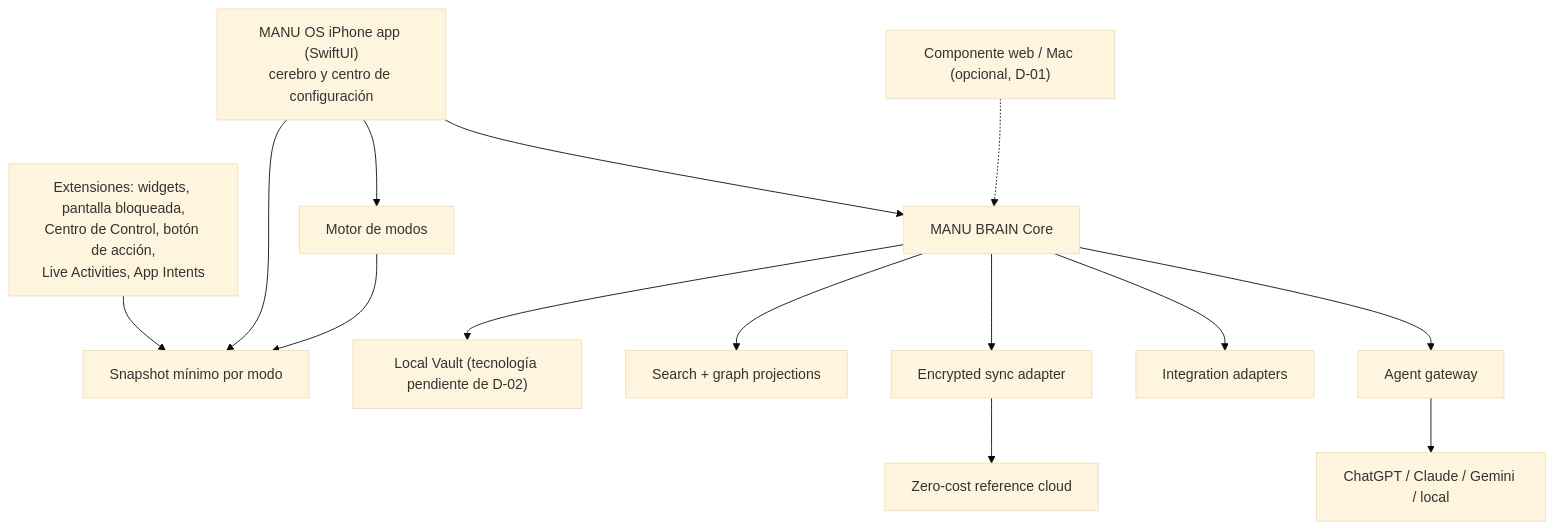
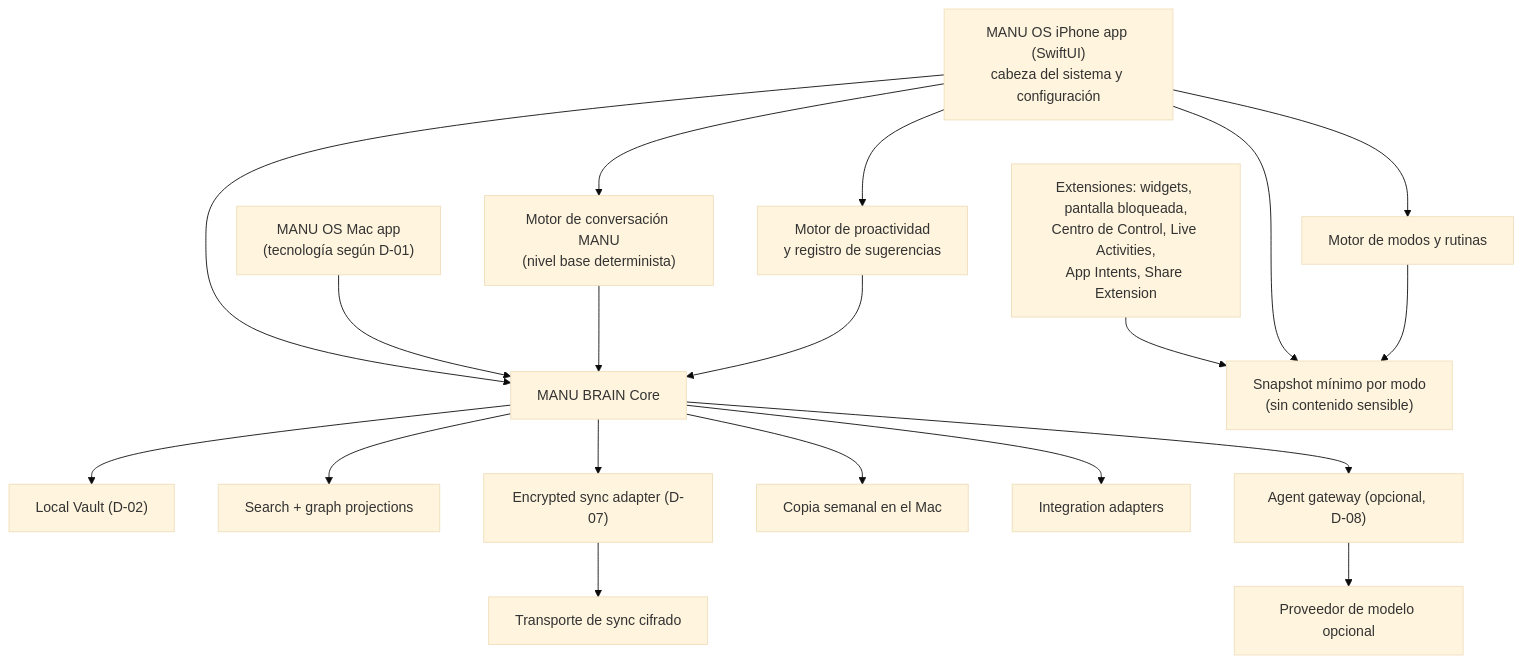
Before and after one commit to elpiernitas/manu-os: the diagram in docs/architecture/ARCHITECTURE.md, drawn with Mermaid (base theme). The commit also changed other lines of this file and 23 other files, not shown here.

````diff
--- a/docs/architecture/ARCHITECTURE.md
+++ b/docs/architecture/ARCHITECTURE.md
@@ -7,16 +7,21 @@
 ```mermaid
 flowchart TD
-    APP["MANU OS iPhone app (SwiftUI)<br/>cerebro y centro de configuración"] --> CORE["MANU BRAIN Core"]
-    EXT["Extensiones: widgets, pantalla bloqueada,<br/>Centro de Control, botón de acción,<br/>Live Activities, App Intents"] --> SNAP["Snapshot mínimo por modo"]
+    APP["MANU OS iPhone app (SwiftUI)<br/>cabeza del sistema y configuración"] --> CORE["MANU BRAIN Core"]
+    MAC["MANU OS Mac app<br/>(tecnología según D-01)"] --> CORE
+    EXT["Extensiones: widgets, pantalla bloqueada,<br/>Centro de Control, Live Activities,<br/>App Intents, Share Extension"] --> SNAP["Snapshot mínimo por modo<br/>(sin contenido sensible)"]
     APP --> SNAP
-    APP --> MODES["Motor de modos"]
+    APP --> MODES["Motor de modos y rutinas"]
     MODES --> SNAP
-    CORE --> LOCAL["Local Vault (tecnología pendiente de D-02)"]
+    APP --> CONV["Motor de conversación MANU<br/>(nivel base determinista)"]
+    CONV --> CORE
+    APP --> PRO["Motor de proactividad<br/>y registro de sugerencias"]
+    PRO --> CORE
+    CORE --> LOCAL["Local Vault (D-02)"]
     CORE --> PROJ["Search + graph projections"]
-    CORE --> SYNC["Encrypted sync adapter"]
-    SYNC --> CLOUD["Zero-cost reference cloud"]
+    CORE --> SYNC["Encrypted sync adapter (D-07)"]
+    SYNC --> REMOTE["Transporte de sync cifrado"]
+    CORE --> BACKUP["Copia semanal en el Mac"]
     CORE --> INT["Integration adapters"]
-    CORE --> AGENT["Agent gateway"]
-    AGENT --> AI["ChatGPT / Claude / Gemini / local"]
-    WEB["Componente web / Mac (opcional, D-01)"] -.-> CORE
+    CORE --> AGENT["Agent gateway (opcional, D-08)"]
+    AGENT --> AI["Proveedor de modelo opcional"]
 ```
````
